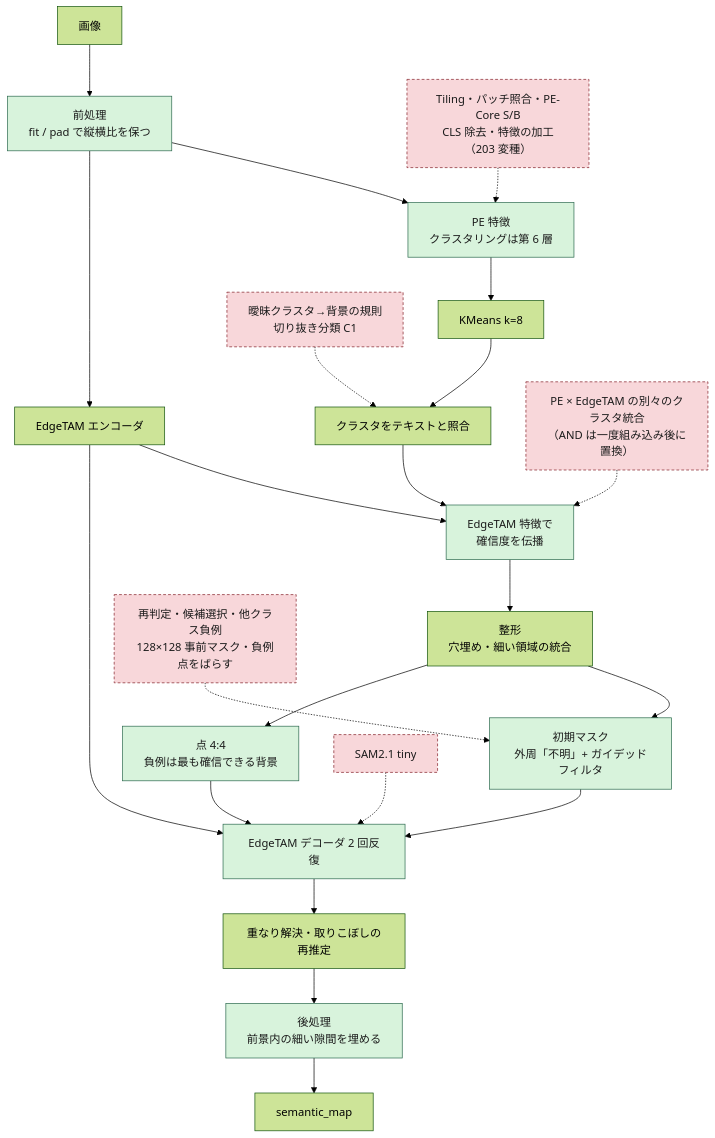
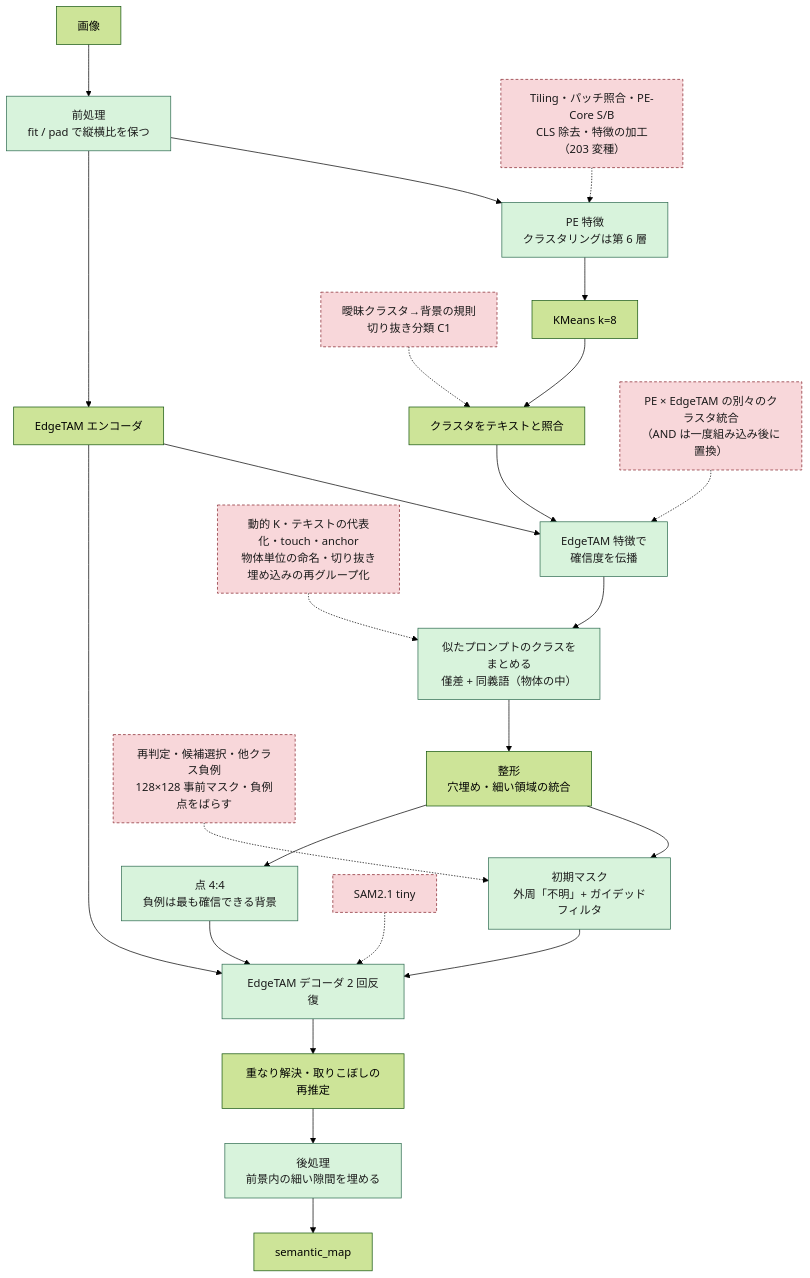
The first of 4 diagrams in docs/method_history.md (fklg-64/pe_anything_detect), drawn with Mermaid (forest theme) before and after one commit. The commit also changed other lines of this file and 19 other files, not shown here.

````diff
--- a/docs/method_history.md
+++ b/docs/method_history.md
@@ -16,30 +16,32 @@
 ```mermaid
 flowchart TD
     IMG["画像"] --> PRE["前処理<br/>fit / pad で縦横比を保つ"]
     PRE --> PE["PE 特徴<br/>クラスタリングは第 6 層"]
     PRE --> ET["EdgeTAM エンコーダ"]
     PE --> KM["KMeans k=8"]
     KM --> J["クラスタをテキストと照合"]
     J --> PROP["EdgeTAM 特徴で<br/>確信度を伝播"]
     ET --> PROP
-    PROP --> FIX["整形<br/>穴埋め・細い領域の統合"]
+    PROP --> MRG["似たプロンプトのクラスをまとめる<br/>僅差 + 同義語（物体の中）"]
+    MRG --> FIX["整形<br/>穴埋め・細い領域の統合"]
     FIX --> PRIOR["初期マスク<br/>外周「不明」+ ガイデッドフィルタ"]
     FIX --> PTS["点 4:4<br/>負例は最も確信できる背景"]
     PRIOR --> DEC["EdgeTAM デコーダ 2 回反復"]
     PTS --> DEC
     ET --> DEC
     DEC --> RES["重なり解決・取りこぼしの再推定"]
     RES --> POST["後処理<br/>前景内の細い隙間を埋める"]
     POST --> OUT["semantic_map"]
 
     X1["Tiling・パッチ照合・PE-Core S/B<br/>CLS 除去・特徴の加工（203 変種）"] -.-> PE
     X2["曖昧クラスタ→背景の規則<br/>切り抜き分類 C1"] -.-> J
     X3["PE × EdgeTAM の別々のクラスタ統合<br/>（AND は一度組み込み後に置換）"] -.-> PROP
     X4["SAM2.1 tiny"] -.-> DEC
     X5["再判定・候補選択・他クラス負例<br/>128×128 事前マスク・負例点をばらす"] -.-> PRIOR
+    X6["動的 K・テキストの代表化・touch・anchor<br/>物体単位の命名・切り抜き埋め込みの再グループ化"] -.-> MRG
 
     classDef adopted fill:#d8f3dc,stroke:#2d6a4f,color:#1b1b1b;
     classDef rejected fill:#f8d7da,stroke:#842029,stroke-dasharray:4 3,color:#1b1b1b;
-    class PRE,PE,PROP,PRIOR,PTS,DEC,POST adopted;
-    class X1,X2,X3,X4,X5 rejected;
+    class PRE,PE,PROP,MRG,PRIOR,PTS,DEC,POST adopted;
+    class X1,X2,X3,X4,X5,X6 rejected;
 ```
````
